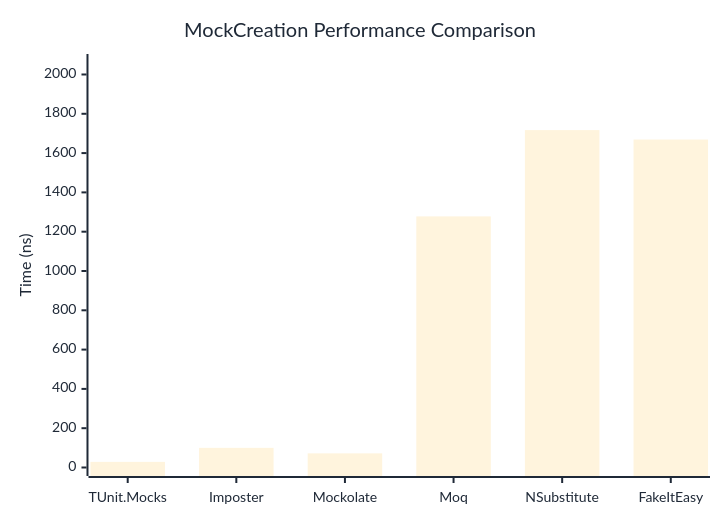
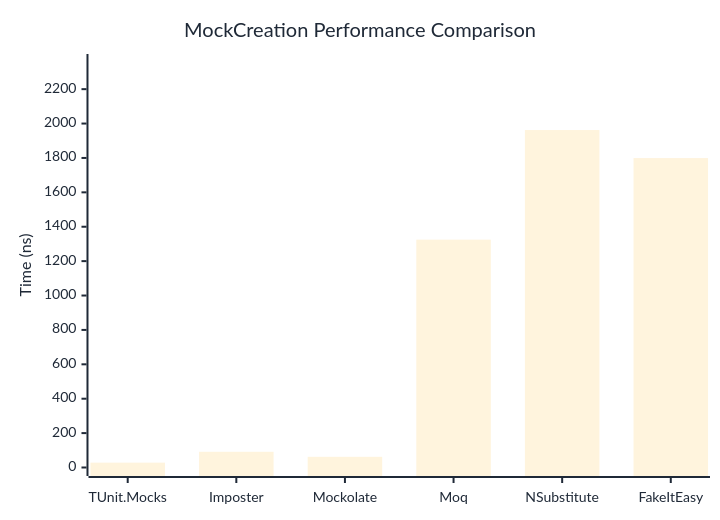
One commit to thomhurst/TUnit changed the first of 2 diagrams in docs/docs/benchmarks/mocks/MockCreation.md. Above: the diagram before and after it, drawn with Mermaid. The commit also changed other lines of this file and 14 other files, not shown here.

````diff
--- a/docs/docs/benchmarks/mocks/MockCreation.md
+++ b/docs/docs/benchmarks/mocks/MockCreation.md
@@ -30,27 +30,27 @@
 ```mermaid
 %%{init: {
   'theme':'base',
   'themeVariables': {
     'primaryColor': '#2563eb',
     'primaryTextColor': '#1f2937',
     'primaryBorderColor': '#1e40af',
     'lineColor': '#6b7280',
     'secondaryColor': '#7c3aed',
     'tertiaryColor': '#dc2626',
     'background': '#ffffff',
     'pie1': '#2563eb',
     'pie2': '#7c3aed',
     'pie3': '#dc2626',
     'pie4': '#f59e0b',
     'pie5': '#10b981',
     'pie6': '#06b6d4',
     'pie7': '#ec4899',
     'pie8': '#6366f1'
   }
 }}%%
 xychart-beta
   title "MockCreation Performance Comparison"
   x-axis ["TUnit.Mocks", "Imposter", "Mockolate", "Moq", "NSubstitute", "FakeItEasy"]
-  y-axis "Time (ns)" 0 --> 2061
-  bar [28.56, 99.99, 71.95, 1277.8, 1716.98, 1668.96]
+  y-axis "Time (ns)" 0 --> 2355
+  bar [28.24, 91.37, 62.19, 1324.88, 1962.28, 1799.32]
 ```
````
